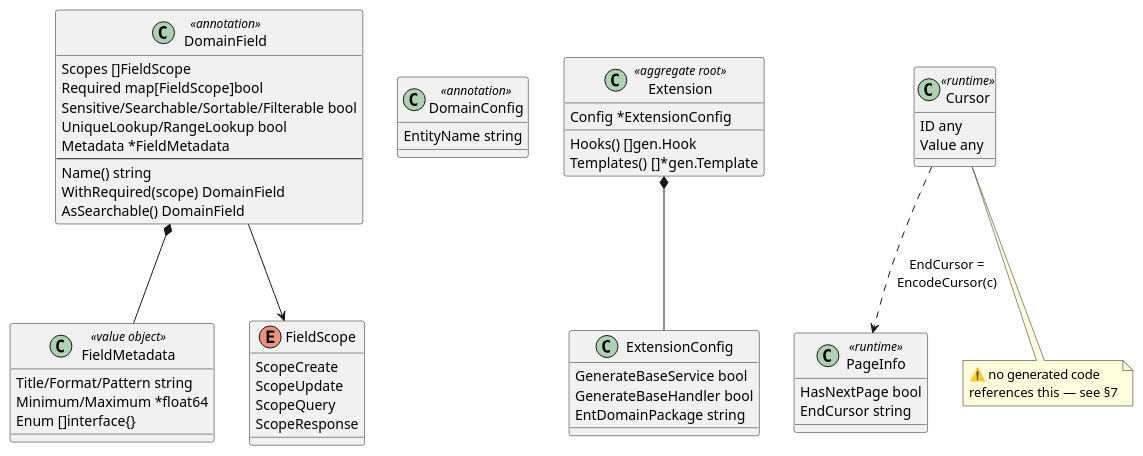
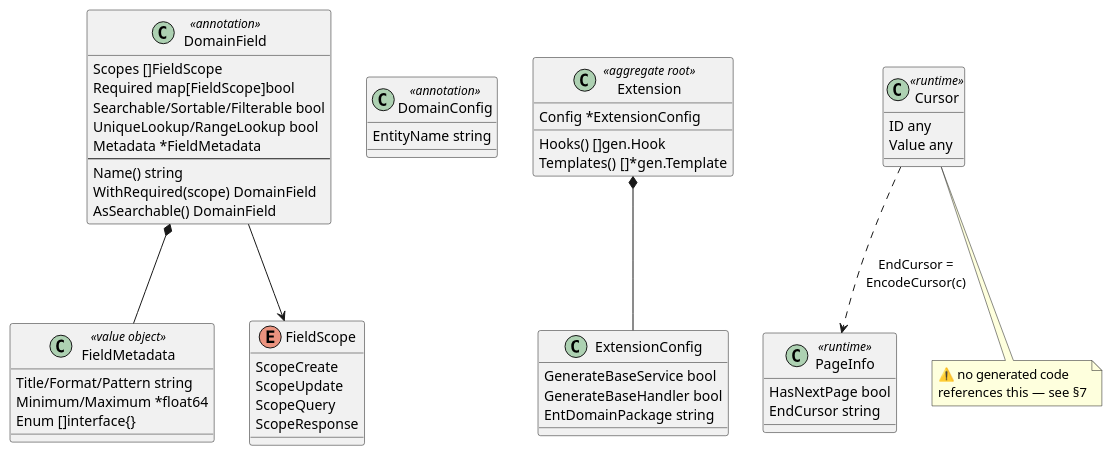
The third of 5 diagrams in ARCHITECTURE.md (githonllc/entapi), drawn with PlantUML before and after one commit. The commit also changed other lines of this file and 7 other files, not shown here.

````diff
--- a/ARCHITECTURE.md
+++ b/ARCHITECTURE.md
@@ -133,53 +133,53 @@
 ```plantuml
 @startuml
 skinparam classAttributeIconSize 0
 class DomainField <<annotation>> {
   Scopes []FieldScope
   Required map[FieldScope]bool
-  Sensitive/Searchable/Sortable/Filterable bool
+  Searchable/Sortable/Filterable bool
   UniqueLookup/RangeLookup bool
   Metadata *FieldMetadata
   --
   Name() string
   WithRequired(scope) DomainField
   AsSearchable() DomainField
 }
 class FieldMetadata <<value object>> {
   Title/Format/Pattern string
   Minimum/Maximum *float64
   Enum []interface{}
 }
 enum FieldScope {
   ScopeCreate
   ScopeUpdate
   ScopeQuery
   ScopeResponse
 }
 class DomainConfig <<annotation>> {
   EntityName string
 }
 class Extension <<aggregate root>> {
   Config *ExtensionConfig
   Hooks() []gen.Hook
   Templates() []*gen.Template
 }
 class ExtensionConfig {
   GenerateBaseService bool
   GenerateBaseHandler bool
   EntDomainPackage string
 }
 class PageInfo <<runtime>> {
   HasNextPage bool
   EndCursor string
 }
 class Cursor <<runtime>> {
   ID any
   Value any
 }
 DomainField *-- FieldMetadata
 DomainField --> FieldScope
 Extension *-- ExtensionConfig
 Cursor ..> PageInfo : EndCursor =\nEncodeCursor(c)
 note bottom of Cursor : ⚠️ no generated code\nreferences this — see §7
 @enduml
 ```
````
